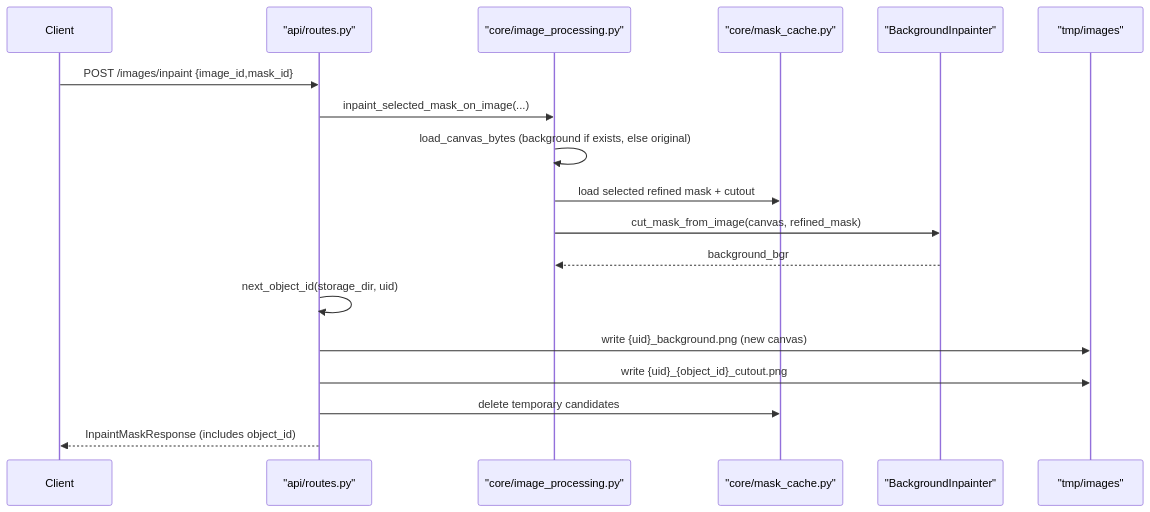
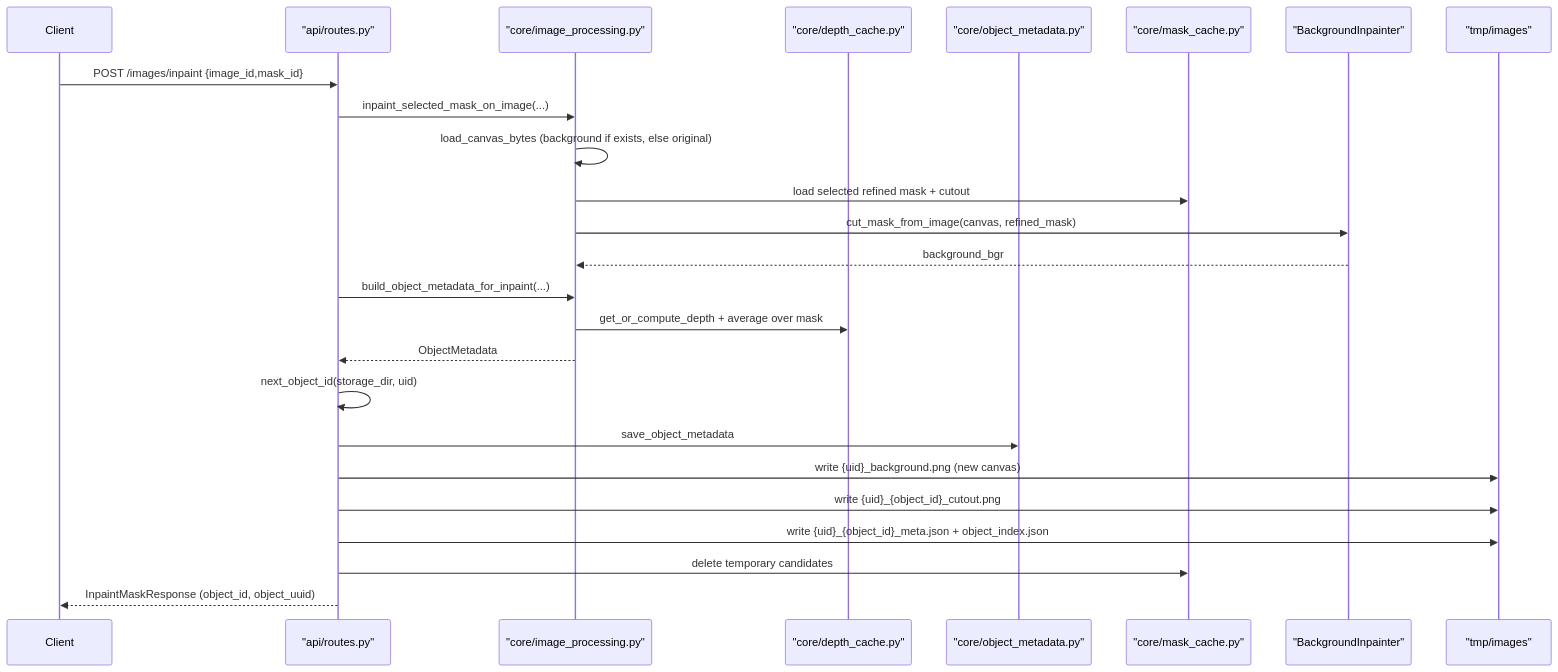
One commit to 1mache/avroom changed the third of 4 diagrams in docs/backend/data-flow.md. Above: the diagram before and after it, drawn with Mermaid. The commit also changed other lines of this file and 14 other files, not shown here.

First line of the commit message:
Update documentation and API for object metadata and depth rescaling

````diff
--- a/docs/backend/data-flow.md
+++ b/docs/backend/data-flow.md
@@ -42,21 +44,28 @@
 ```mermaid
 sequenceDiagram
     participant Client
     participant Router as "api/routes.py"
     participant Core as "core/image_processing.py"
+    participant Depth as "core/depth_cache.py"
+    participant Meta as "core/object_metadata.py"
     participant Cache as "core/mask_cache.py"
     participant AI as "BackgroundInpainter"
     participant Disk as "tmp/images"
 
     Client->>Router: POST /images/inpaint {image_id,mask_id}
     Router->>Core: inpaint_selected_mask_on_image(...)
     Core->>Core: load_canvas_bytes (background if exists, else original)
     Core->>Cache: load selected refined mask + cutout
     Core->>AI: cut_mask_from_image(canvas, refined_mask)
     AI-->>Core: background_bgr
+    Router->>Core: build_object_metadata_for_inpaint(...)
+    Core->>Depth: get_or_compute_depth + average over mask
+    Core-->>Router: ObjectMetadata
     Router->>Router: next_object_id(storage_dir, uid)
+    Router->>Meta: save_object_metadata
     Router->>Disk: write {uid}_background.png (new canvas)
     Router->>Disk: write {uid}_{object_id}_cutout.png
+    Router->>Disk: write {uid}_{object_id}_meta.json + object_index.json
     Router->>Cache: delete temporary candidates
-    Router-->>Client: InpaintMaskResponse (includes object_id)
+    Router-->>Client: InpaintMaskResponse (object_id, object_uuid)
 ```
````
